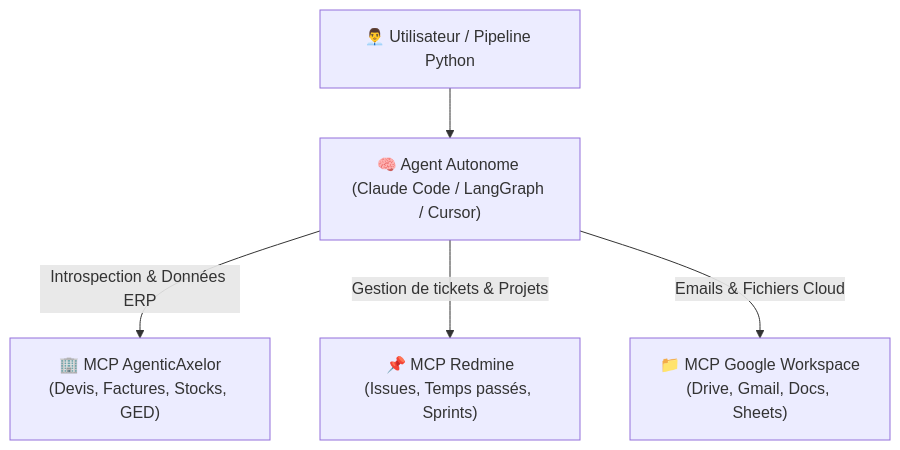
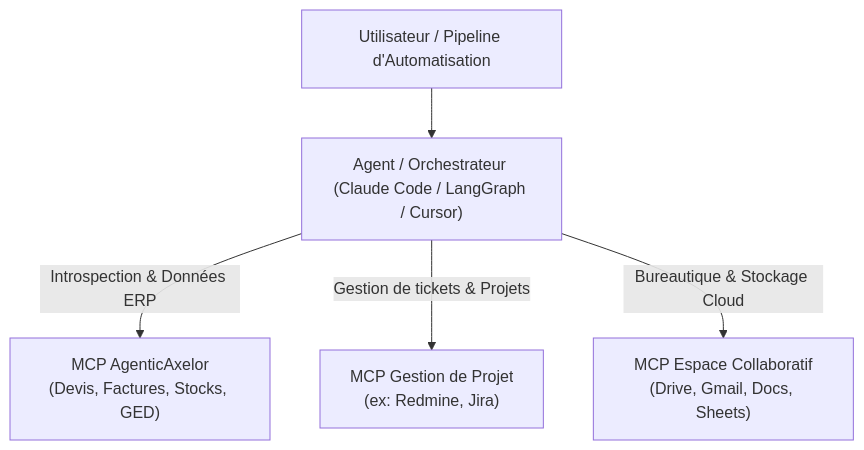
One commit to PabloBuilder/AgenticAxelor changed the diagram in README.md. Above: the diagram before and after it, drawn with Mermaid. The commit also changed other lines of this file, not shown here.

````diff
--- a/README.md
+++ b/README.md
@@ -27,8 +28,8 @@
 ```mermaid
 graph TD
-    User["👨‍💼 Utilisateur / Pipeline Python"] --> Orchestrator["🧠 Agent Autonome (Claude Code / LangGraph / Cursor)"]
+    User["Utilisateur / Pipeline d'Automatisation"] --> Orchestrator["Agent / Orchestrateur (Claude Code / LangGraph / Cursor)"]
     
-    Orchestrator -->|Introspection & Données ERP| MCP_Axelor["🏢 MCP AgenticAxelor\n(Devis, Factures, Stocks, GED)"]
-    Orchestrator -->|Gestion de tickets & Projets| MCP_Redmine["📌 MCP Redmine\n(Issues, Temps passés, Sprints)"]
-    Orchestrator -->|Emails & Fichiers Cloud| MCP_Google["📁 MCP Google Workspace\n(Drive, Gmail, Docs, Sheets)"]
+    Orchestrator -->|Introspection & Données ERP| MCP_Axelor["MCP AgenticAxelor\n(Devis, Factures, Stocks, GED)"]
+    Orchestrator -->|Gestion de tickets & Projets| MCP_Redmine["MCP Gestion de Projet\n(ex: Redmine, Jira)"]
+    Orchestrator -->|Bureautique & Stockage Cloud| MCP_Google["MCP Espace Collaboratif\n(Drive, Gmail, Docs, Sheets)"]
 ```
````
